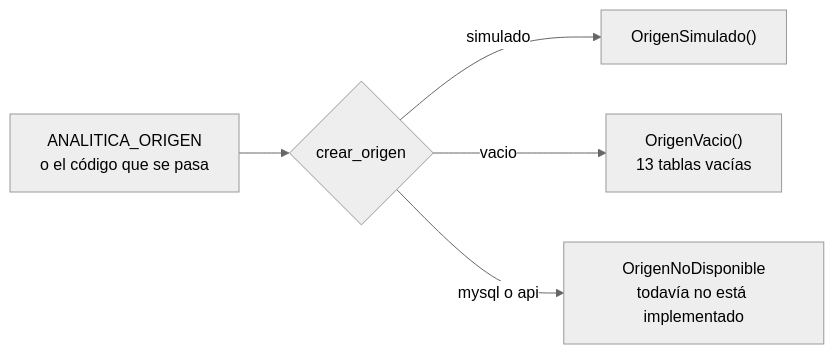
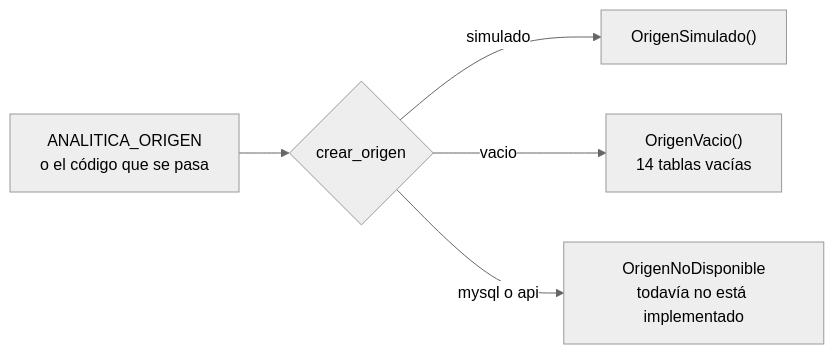
The ninth of 9 diagrams in docs/simulacion.md (enzopazzelli/vivso-analitica), drawn with Mermaid (neutral theme) before and after one commit. The commit also changed other lines of this file and 6 other files, not shown here.

````diff
--- a/docs/simulacion.md
+++ b/docs/simulacion.md
@@ -167,7 +187,7 @@
 ```mermaid
 flowchart LR
     E["ANALITICA_ORIGEN<br/>o el código que se pasa"] --> C{"crear_origen"}
     C -->|"simulado"| S["OrigenSimulado()"]
-    C -->|"vacio"| V["OrigenVacio()<br/>13 tablas vacías"]
+    C -->|"vacio"| V["OrigenVacio()<br/>14 tablas vacías"]
     C -->|"mysql o api"| N["OrigenNoDisponible<br/>todavía no está implementado"]
 ```
````
